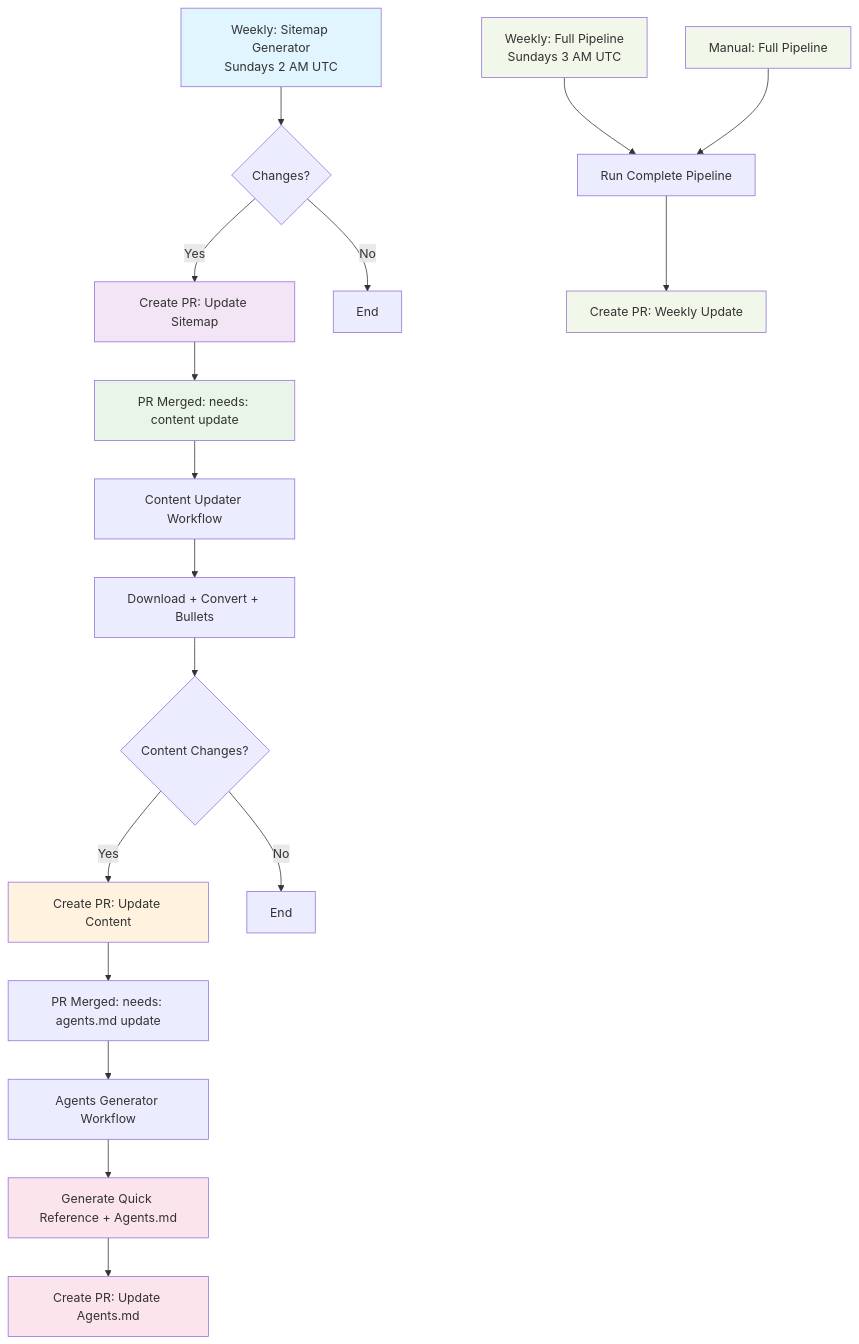
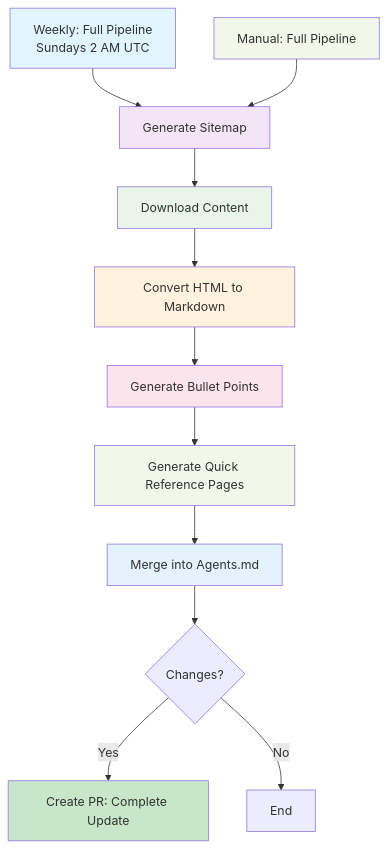
One commit to ronaldtebrake/surge changed the second of 2 diagrams in README.md. Above: the diagram before and after it, drawn with Mermaid. The commit also changed other lines of this file and 4 other files, not shown here.

Commit message:
Only have the full pipeline run, a single PR is much better and easier to maintain

````diff
--- a/README.md
+++ b/README.md
@@ -204,33 +204,24 @@
 ```mermaid
 graph TD
-    A[Weekly: Sitemap Generator<br/>Sundays 2 AM UTC] --> B{Changes?}
-    B -->|Yes| C[Create PR: Update Sitemap]
-    B -->|No| D[End]
-    
-    C --> E[PR Merged: needs: content update]
-    E --> F[Content Updater Workflow]
-    F --> G[Download + Convert + Bullets]
-    G --> H{Content Changes?}
-    H -->|Yes| I[Create PR: Update Content]
+    A[Weekly: Full Pipeline<br/>Sundays 2 AM UTC] --> B[Generate Sitemap]
+    B --> C[Download Content]
+    C --> D[Convert HTML to Markdown]
+    D --> E[Generate Bullet Points]
+    E --> F[Generate Quick Reference Pages]
+    F --> G[Merge into Agents.md]
+    G --> H{Changes?}
+    H -->|Yes| I[Create PR: Complete Update]
     H -->|No| J[End]
     
-    I --> K[PR Merged: needs: agents.md update]
-    K --> L[Agents Generator Workflow]
-    L --> M[Generate Quick Reference + Agents.md]
-    M --> N[Create PR: Update Agents.md]
-    
-    O[Weekly: Full Pipeline<br/>Sundays 3 AM UTC] --> P[Run Complete Pipeline]
-    P --> Q[Create PR: Weekly Update]
-    
-    R[Manual: Full Pipeline] --> P
+    K[Manual: Full Pipeline] --> B
     
     style A fill:#e1f5fe
-    style C fill:#f3e5f5
-    style E fill:#e8f5e8
-    style I fill:#fff3e0
-    style M fill:#fce4ec
-    style N fill:#fce4ec
-    style O fill:#f1f8e9
-    style Q fill:#f1f8e9
-    style R fill:#f1f8e9
+    style B fill:#f3e5f5
+    style C fill:#e8f5e8
+    style D fill:#fff3e0
+    style E fill:#fce4ec
+    style F fill:#f1f8e9
+    style G fill:#e3f2fd
+    style I fill:#c8e6c9
+    style K fill:#f1f8e9
 ```
````
